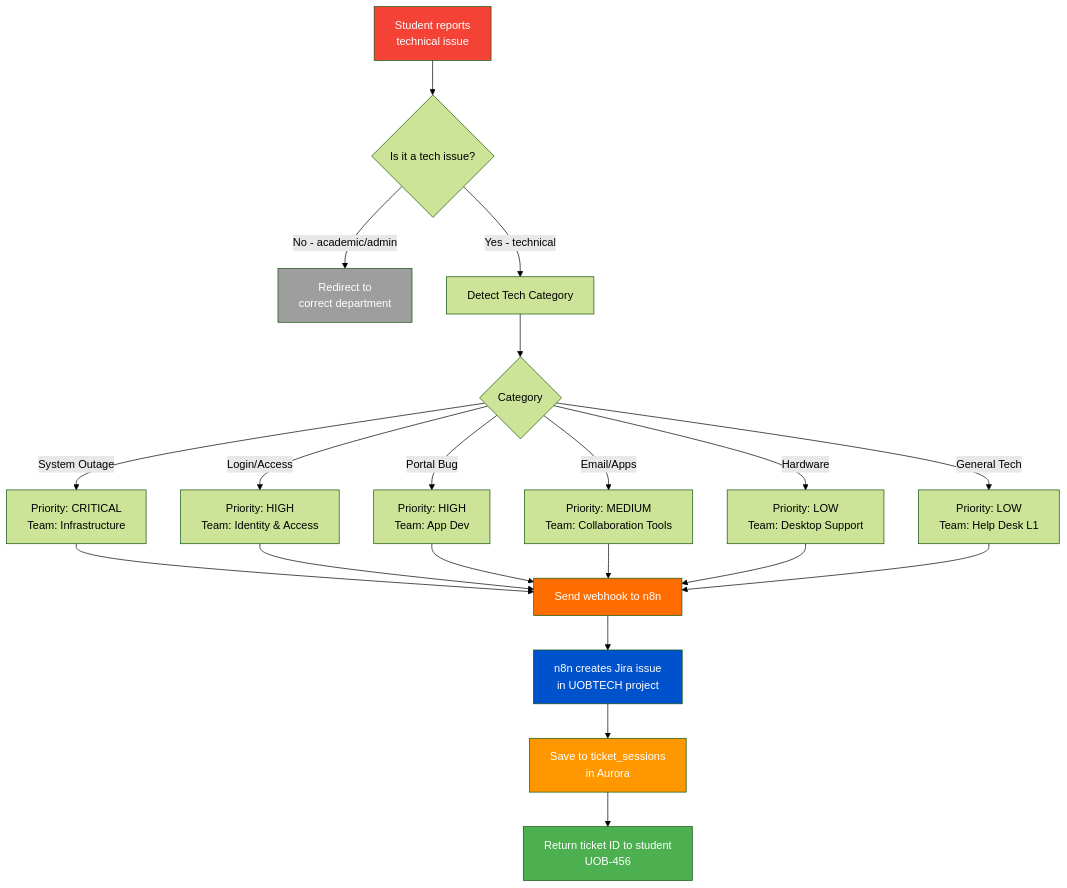
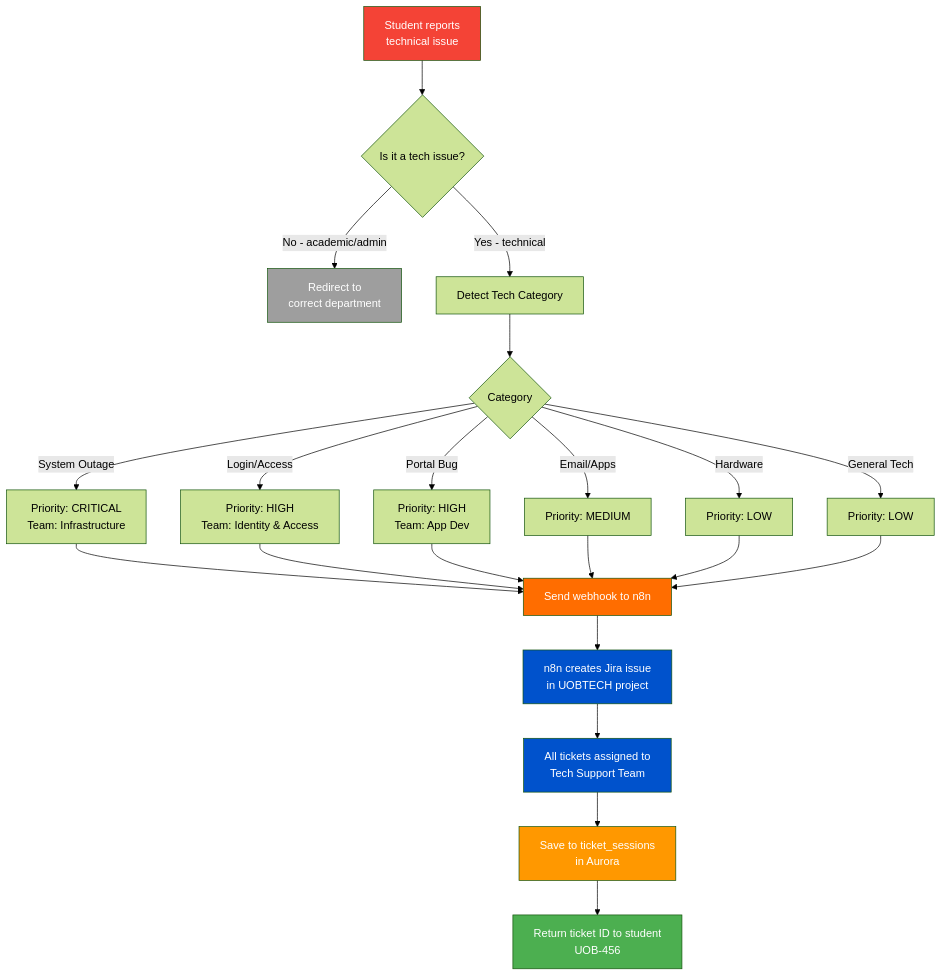
One commit to xAbdullaShaker/Jira-AI changed the fifth of 13 diagrams in ARCHITECTURE.md. Above: the diagram before and after it, drawn with Mermaid (forest theme). The commit also changed other lines of this file and 1 other file, not shown here.

Commit message:
Simplify to one tech support team — no sub-teams
All tickets go to one Tech Support team. Categories and priority
labels help them decide what to work on first, but there's no
routing to separate sub-teams.

````diff
--- a/ARCHITECTURE.md
+++ b/ARCHITECTURE.md
@@ -143,28 +143,30 @@
 ```mermaid
 flowchart TD
     A[Student reports\ntechnical issue] --> B{Is it a tech issue?}
     
     B -->|No - academic/admin| C[Redirect to\ncorrect department]
     B -->|Yes - technical| D[Detect Tech Category]
     
     D --> E{Category}
     E -->|System Outage| F[Priority: CRITICAL\nTeam: Infrastructure]
     E -->|Login/Access| G[Priority: HIGH\nTeam: Identity & Access]
     E -->|Portal Bug| H[Priority: HIGH\nTeam: App Dev]
-    E -->|Email/Apps| I[Priority: MEDIUM\nTeam: Collaboration Tools]
-    E -->|Hardware| J[Priority: LOW\nTeam: Desktop Support]
-    E -->|General Tech| K[Priority: LOW\nTeam: Help Desk L1]
+    E -->|Email/Apps| I[Priority: MEDIUM]
+    E -->|Hardware| J[Priority: LOW]
+    E -->|General Tech| K[Priority: LOW]
     
     F & G & H & I & J & K --> M[Send webhook to n8n]
     
     M --> N[n8n creates Jira issue\nin UOBTECH project]
-    N --> O[Save to ticket_sessions\nin Aurora]
-    O --> P[Return ticket ID to student\nUOB-456]
+    N --> O[All tickets assigned to\nTech Support Team]
+    O --> P[Save to ticket_sessions\nin Aurora]
+    P --> Q[Return ticket ID to student\nUOB-456]
 
     style A fill:#f44336,color:#fff
     style C fill:#9E9E9E,color:#fff
     style M fill:#FF6D00,color:#fff
     style N fill:#0052CC,color:#fff
-    style O fill:#FF9800,color:#fff
-    style P fill:#4CAF50,color:#fff
+    style O fill:#0052CC,color:#fff
+    style P fill:#FF9800,color:#fff
+    style Q fill:#4CAF50,color:#fff
 ```
````
